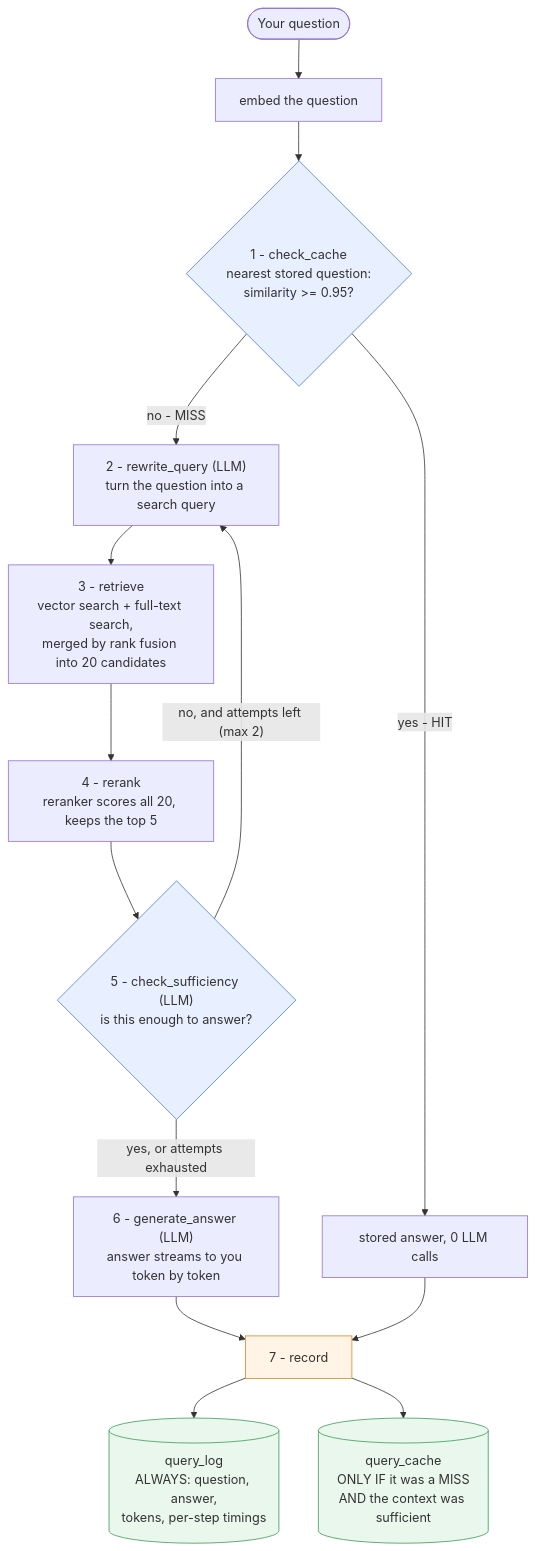
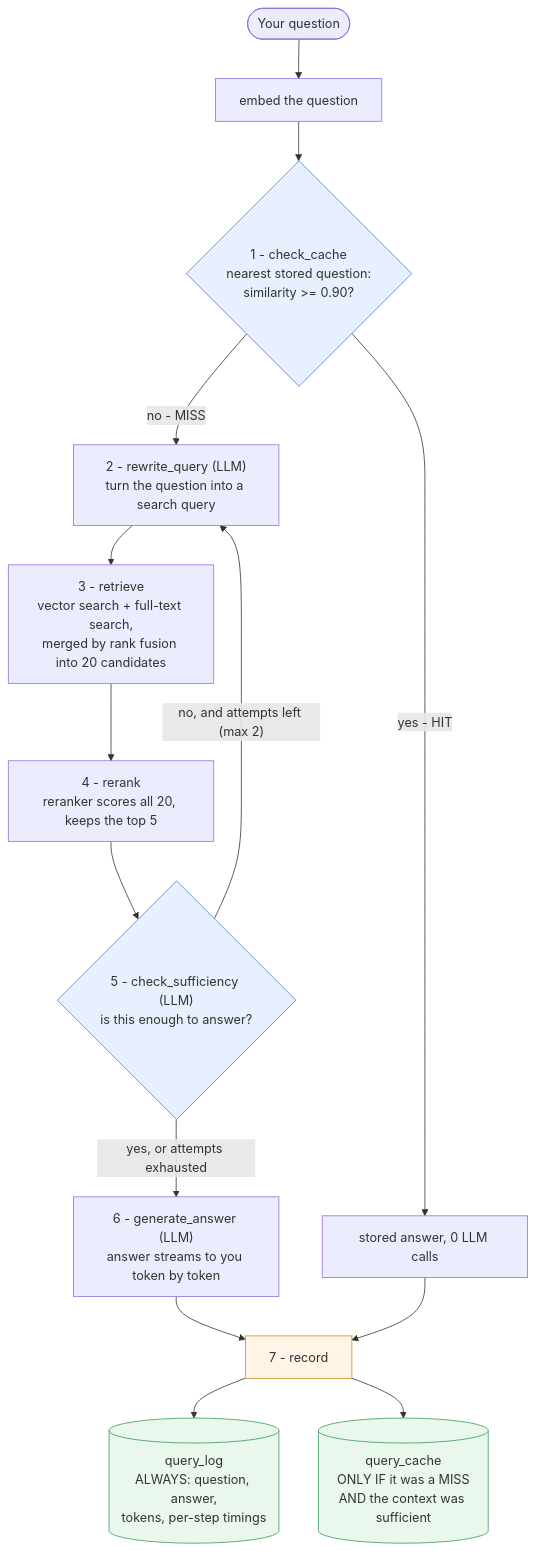
Before and after one commit to AntonMinin/groundline: the third of 5 diagrams in docs/how-it-works.md, drawn with Mermaid. The commit also changed other lines of this file and 15 other files, not shown here.

````diff
--- a/docs/how-it-works.md
+++ b/docs/how-it-works.md
@@ -111,22 +111,22 @@
 ```mermaid
 flowchart TD
     Q([Your question]) --> EMB[embed the question]
-    EMB --> C{"1 - check_cache<br/>nearest stored question:<br/>similarity >= 0.95?"}
+    EMB --> C{"1 - check_cache<br/>nearest stored question:<br/>similarity >= 0.90?"}
     C -->|"no - MISS"| W["2 - rewrite_query (LLM)<br/>turn the question into a search query"]
     C -->|"yes - HIT"| HIT["stored answer, 0 LLM calls"]
     W --> S["3 - retrieve<br/>vector search + full-text search,<br/>merged by rank fusion into 20 candidates"]
     S --> RK["4 - rerank<br/>reranker scores all 20, keeps the top 5"]
     RK --> SUF{"5 - check_sufficiency (LLM)<br/>is this enough to answer?"}
     SUF -->|"no, and attempts left (max 2)"| W
     SUF -->|"yes, or attempts exhausted"| G["6 - generate_answer (LLM)<br/>answer streams to you token by token"]
     G --> R["7 - record"]
     HIT --> R
     R --> LOG[("query_log<br/>ALWAYS: question, answer,<br/>tokens, per-step timings")]
     R --> CACHE[("query_cache<br/>ONLY IF it was a MISS<br/>AND the context was sufficient")]
 
     style C fill:#e8f0ff,stroke:#4a7dd6
     style SUF fill:#e8f0ff,stroke:#4a7dd6
     style R fill:#fff4e5,stroke:#d68a1e
     style CACHE fill:#e9f7ec,stroke:#3a9a5c
     style LOG fill:#e9f7ec,stroke:#3a9a5c
 ```
````
